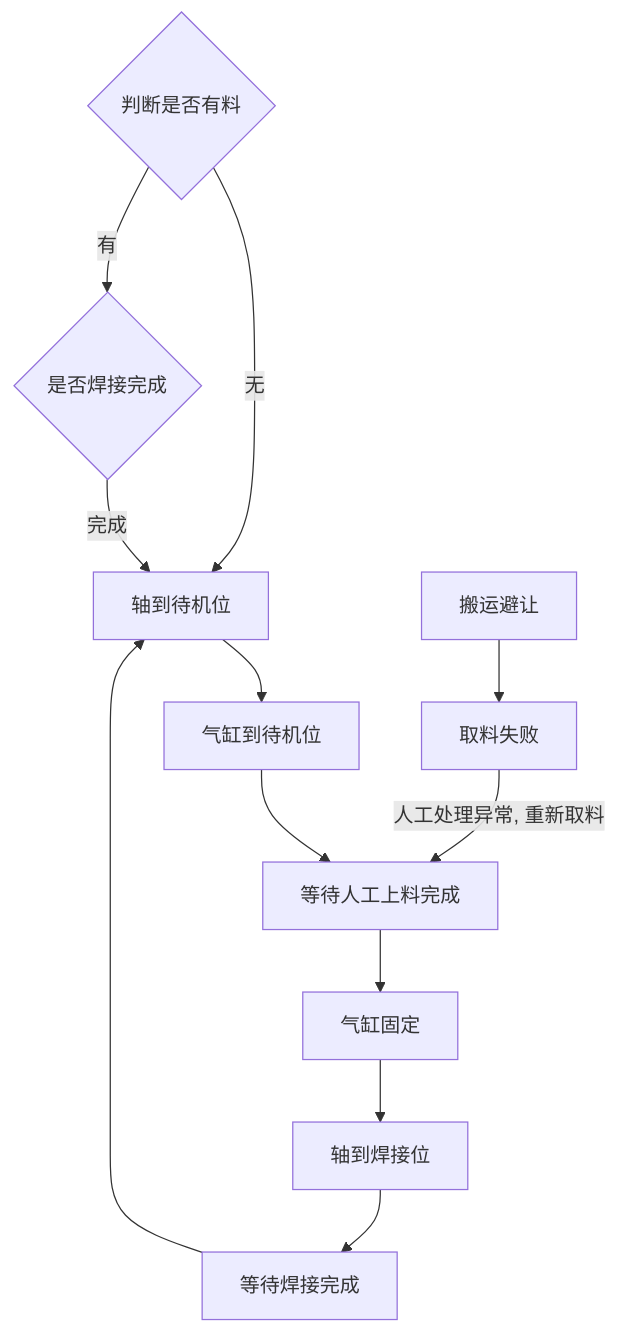
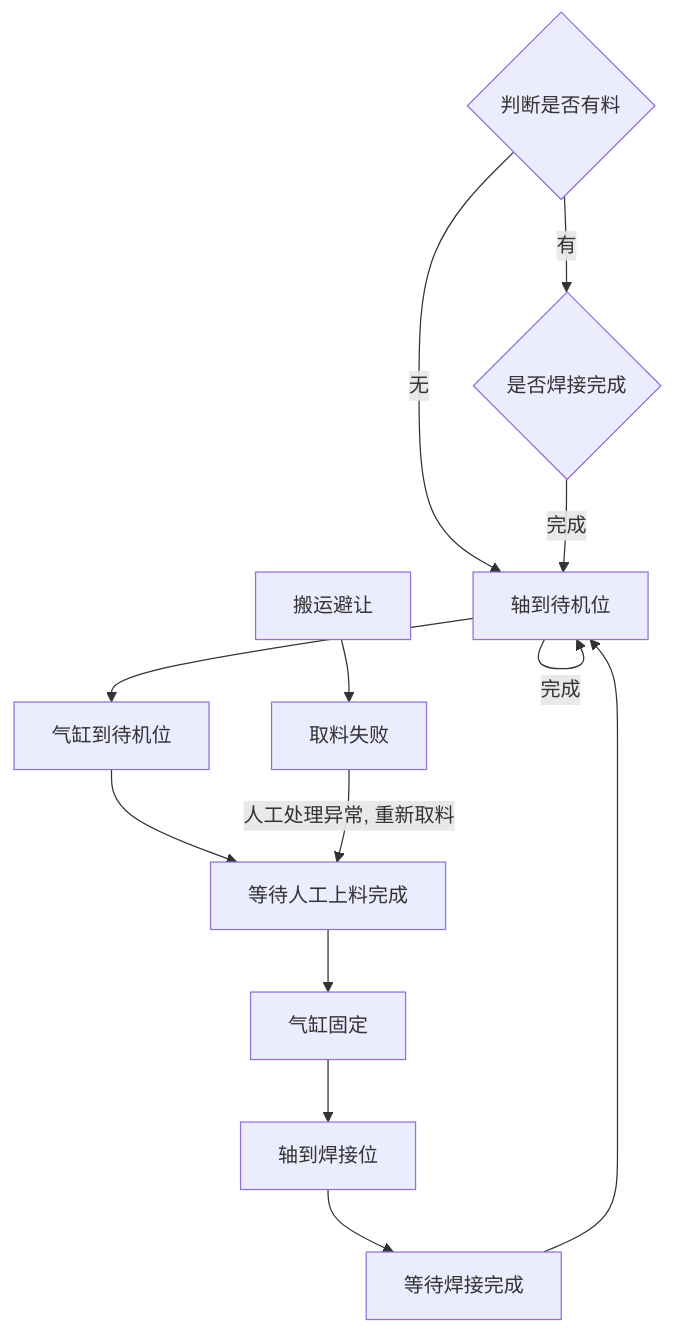
Before and after one commit to PengKun1/iodraw-files: the diagram in all/OP10 上料工位自动流程.md, drawn with Mermaid.

Commit message:
2024-08-02 11:01:30 update

````diff
--- a/all/OP10 上料工位自动流程.md
+++ b/all/OP10 上料工位自动流程.md
@@ -1,19 +1,20 @@
 ```mermaid
 graph TD
 10{判断是否有料}-->|无|20
 10-->|有|100
 20[轴到待机位]-->30
 30[气缸到待机位]-->40
 40[等待人工上料完成]-->50
 50[气缸固定]-->60
 60[轴到焊接位]-->70
 70[等待焊接完成]-->20
 
 100{是否焊接完成}-->|完成|20
+-->|完成|20
 
 
 
 90[搬运避让]-->900
 
 900[取料失败]-->|人工处理异常, 重新取料|40
 ```
````
